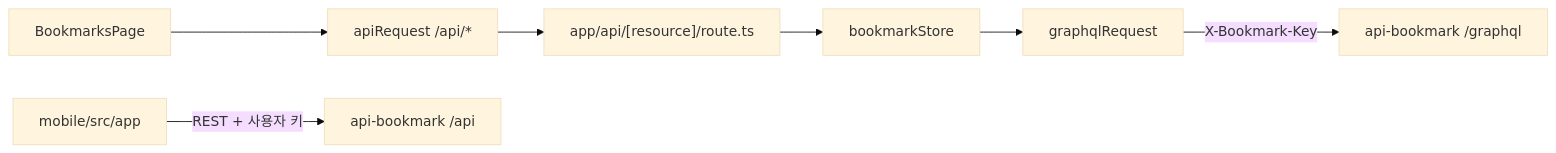
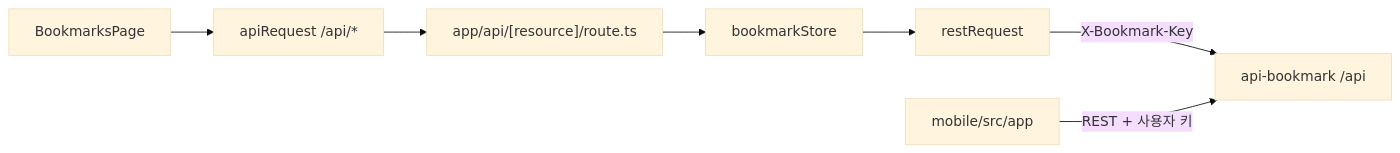
The first of 2 diagrams in docs/graphify/README.md (idghst/bookmark), drawn with Mermaid (base theme) before and after one commit. The commit also changed other lines of this file and 11 other files, not shown here.

Commit message:
제거된 GraphQL 대신 REST로 BFF 연결을 복구한다.

````diff
--- a/docs/graphify/README.md
+++ b/docs/graphify/README.md
@@ -34,9 +34,9 @@
 ```mermaid
 flowchart LR
   Page["BookmarksPage"] --> ClientAPI["apiRequest /api/*"]
   ClientAPI --> BFF["app/api/[resource]/route.ts"]
   BFF --> Store["bookmarkStore"]
-  Store --> GQLReq["graphqlRequest"]
-  GQLReq -->|"X-Bookmark-Key"| RemoteGQL["api-bookmark /graphql"]
+  Store --> RESTReq["restRequest"]
+  RESTReq -->|"X-Bookmark-Key"| RemoteREST["api-bookmark /api"]
   Expo["mobile/src/app"] -->|"REST + 사용자 키"| RemoteREST["api-bookmark /api"]
 ```
````
